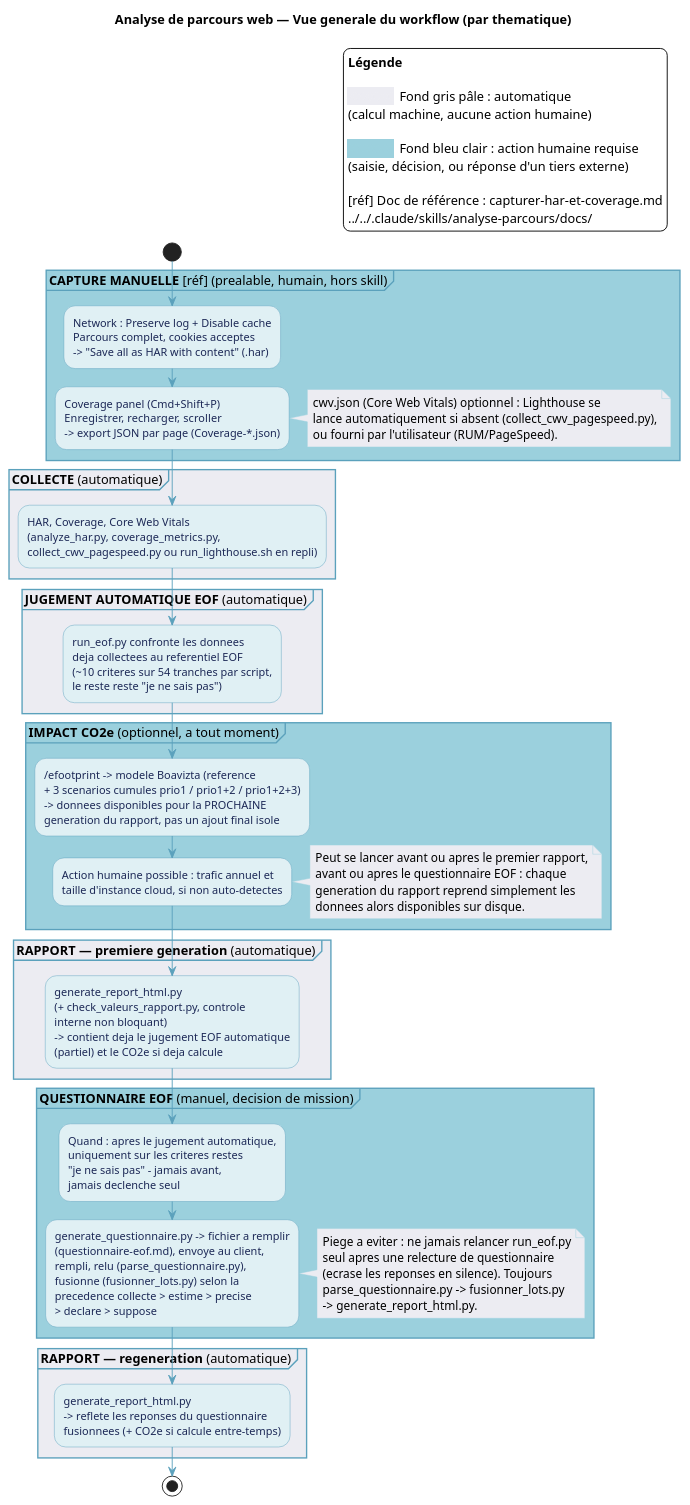
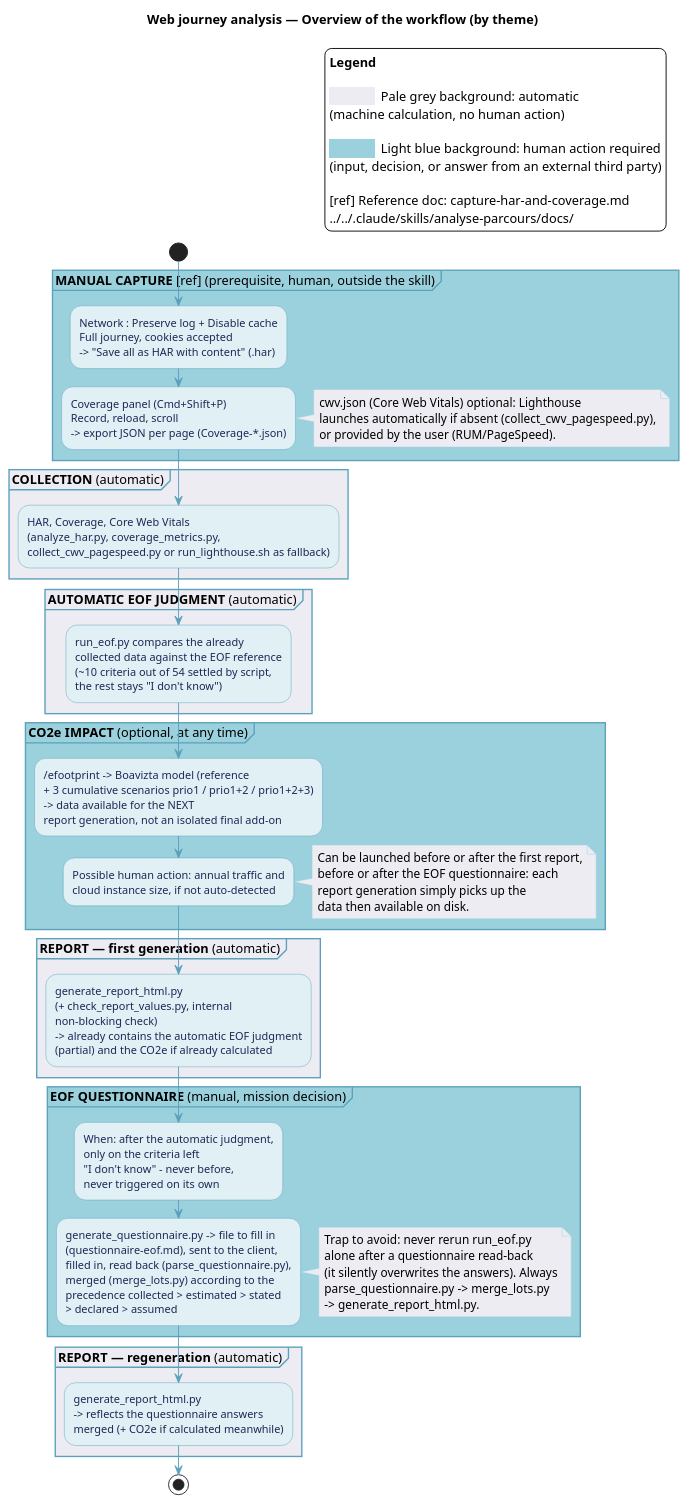
One commit to Boavizta/eroom changed the diagram in documentation/diagrammes/analyse-parcours-vue-generale.puml. Above: the diagram before and after it, drawn with PlantUML. The commit also changed 228 other files, not shown here.

```diff
--- a/documentation/diagrammes/analyse-parcours-vue-generale.puml
+++ b/documentation/diagrammes/analyse-parcours-vue-generale.puml
@@ -1,118 +1,118 @@
 @startuml analyse-parcours-vue-generale
-title Analyse de parcours web — Vue generale du workflow (par thematique)
+title Web journey analysis — Overview of the workflow (by theme)
 
 skinparam backgroundColor #FFFFFF
 skinparam activity {
   BackgroundColor #E0F0F4
   BorderColor #5BA1BC
   FontColor #1C2856
   DiamondBackgroundColor #E0F0F4
   DiamondBorderColor #5BA1BC
 }
 skinparam ArrowColor #5BA1BC
 skinparam ActivityBarColor #5BA1BC
 skinparam NoteBackgroundColor #E0F0F4
 skinparam NoteBorderColor #9BD0DD
 skinparam PartitionBackgroundColor #ECECF2
 skinparam PartitionBorderColor #5BA1BC
 skinparam LegendBackgroundColor #FFFFFF
 skinparam LegendBorderColor #000000
 skinparam LegendFontSize 14
 
 start
 
 legend top right
-  **Légende**
+  **Legend**
 
-  <back:#ECECF2><color:#ECECF2>XXXXXX</color></back>  Fond gris pâle : automatique
-  (calcul machine, aucune action humaine)
+  <back:#ECECF2><color:#ECECF2>XXXXXX</color></back>  Pale grey background: automatic
+  (machine calculation, no human action)
 
-  <back:#9BD0DD><color:#9BD0DD>XXXXXX</color></back>  Fond bleu clair : action humaine requise
-  (saisie, décision, ou réponse d'un tiers externe)
+  <back:#9BD0DD><color:#9BD0DD>XXXXXX</color></back>  Light blue background: human action required
+  (input, decision, or answer from an external third party)
 
-  [réf] Doc de référence : capturer-har-et-coverage.md
+  [ref] Reference doc: capture-har-and-coverage.md
   ../../.claude/skills/analyse-parcours/docs/
 endlegend
 
-partition "**CAPTURE MANUELLE** [réf] (prealable, humain, hors skill)" #9BD0DD {
+partition "**MANUAL CAPTURE** [ref] (prerequisite, human, outside the skill)" #9BD0DD {
   :Network : Preserve log + Disable cache
-  Parcours complet, cookies acceptes
+  Full journey, cookies accepted
   -> "Save all as HAR with content" (.har);
   :Coverage panel (Cmd+Shift+P)
-  Enregistrer, recharger, scroller
-  -> export JSON par page (Coverage-*.json);
+  Record, reload, scroll
+  -> export JSON per page (Coverage-*.json);
 }
 
 note right #ECECF2
-  cwv.json (Core Web Vitals) optionnel : Lighthouse se
-  lance automatiquement si absent (collect_cwv_pagespeed.py),
-  ou fourni par l'utilisateur (RUM/PageSpeed).
+  cwv.json (Core Web Vitals) optional: Lighthouse
+  launches automatically if absent (collect_cwv_pagespeed.py),
+  or provided by the user (RUM/PageSpeed).
 end note
 
-partition "**COLLECTE** (automatique)" {
+partition "**COLLECTION** (automatic)" {
   :HAR, Coverage, Core Web Vitals
   (analyze_har.py, coverage_metrics.py,
-  collect_cwv_pagespeed.py ou run_lighthouse.sh en repli);
+  collect_cwv_pagespeed.py or run_lighthouse.sh as fallback);
 }
 
-partition "**JUGEMENT AUTOMATIQUE EOF** (automatique)" {
-  :run_eof.py confronte les donnees
-  deja collectees au referentiel EOF
-  (~10 criteres sur 54 tranches par script,
-  le reste reste "je ne sais pas");
+partition "**AUTOMATIC EOF JUDGMENT** (automatic)" {
+  :run_eof.py compares the already
+  collected data against the EOF reference
+  (~10 criteria out of 54 settled by script,
+  the rest stays "I don't know");
 }
 
-partition "**IMPACT CO2e** (optionnel, a tout moment)" #9BD0DD {
-  :/efootprint -> modele Boavizta (reference
-  + 3 scenarios cumules prio1 / prio1+2 / prio1+2+3)
-  -> donnees disponibles pour la PROCHAINE
-  generation du rapport, pas un ajout final isole;
-  :Action humaine possible : trafic annuel et
-  taille d'instance cloud, si non auto-detectes;
+partition "**CO2e IMPACT** (optional, at any time)" #9BD0DD {
+  :/efootprint -> Boavizta model (reference
+  + 3 cumulative scenarios prio1 / prio1+2 / prio1+2+3)
+  -> data available for the NEXT
+  report generation, not an isolated final add-on;
+  :Possible human action: annual traffic and
+  cloud instance size, if not auto-detected;
 }
 
 note right #ECECF2
-  Peut se lancer avant ou apres le premier rapport,
-  avant ou apres le questionnaire EOF : chaque
-  generation du rapport reprend simplement les
-  donnees alors disponibles sur disque.
+  Can be launched before or after the first report,
+  before or after the EOF questionnaire: each
+  report generation simply picks up the
+  data then available on disk.
 end note
 
-partition "**RAPPORT — premiere generation** (automatique)" {
+partition "**REPORT — first generation** (automatic)" {
   :generate_report_html.py
-  (+ check_valeurs_rapport.py, controle
-  interne non bloquant)
-  -> contient deja le jugement EOF automatique
-  (partiel) et le CO2e si deja calcule;
+  (+ check_report_values.py, internal
+  non-blocking check)
+  -> already contains the automatic EOF judgment
+  (partial) and the CO2e if already calculated;
 }
 
-partition "**QUESTIONNAIRE EOF** (manuel, decision de mission)" #9BD0DD {
-  :Quand : apres le jugement automatique,
-  uniquement sur les criteres restes
-  "je ne sais pas" - jamais avant,
-  jamais declenche seul;
-  :generate_questionnaire.py -> fichier a remplir
-  (questionnaire-eof.md), envoye au client,
-  rempli, relu (parse_questionnaire.py),
-  fusionne (fusionner_lots.py) selon la
-  precedence collecte > estime > precise
-  > declare > suppose;
+partition "**EOF QUESTIONNAIRE** (manual, mission decision)" #9BD0DD {
+  :When: after the automatic judgment,
+  only on the criteria left
+  "I don't know" - never before,
+  never triggered on its own;
+  :generate_questionnaire.py -> file to fill in
+  (questionnaire-eof.md), sent to the client,
+  filled in, read back (parse_questionnaire.py),
+  merged (merge_lots.py) according to the
+  precedence collected > estimated > stated
+  > declared > assumed;
 }
 
 note right #ECECF2
-  Piege a eviter : ne jamais relancer run_eof.py
-  seul apres une relecture de questionnaire
-  (ecrase les reponses en silence). Toujours
-  parse_questionnaire.py -> fusionner_lots.py
+  Trap to avoid: never rerun run_eof.py
+  alone after a questionnaire read-back
+  (it silently overwrites the answers). Always
+  parse_questionnaire.py -> merge_lots.py
   -> generate_report_html.py.
 end note
 
-partition "**RAPPORT — regeneration** (automatique)" {
+partition "**REPORT — regeneration** (automatic)" {
   :generate_report_html.py
-  -> reflete les reponses du questionnaire
-  fusionnees (+ CO2e si calcule entre-temps);
+  -> reflects the questionnaire answers
+  merged (+ CO2e if calculated meanwhile);
 }
 
 stop
 
 @enduml
```
